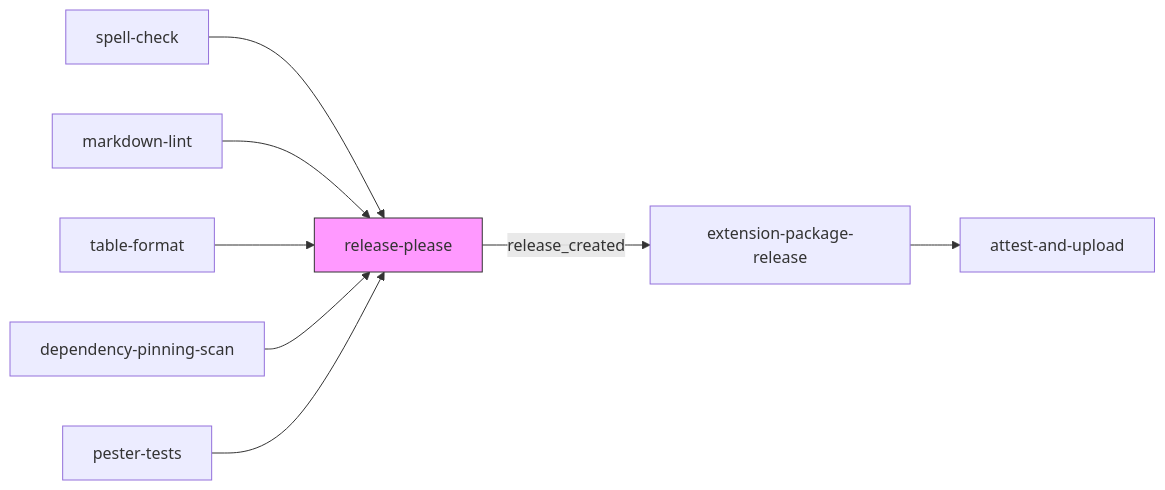
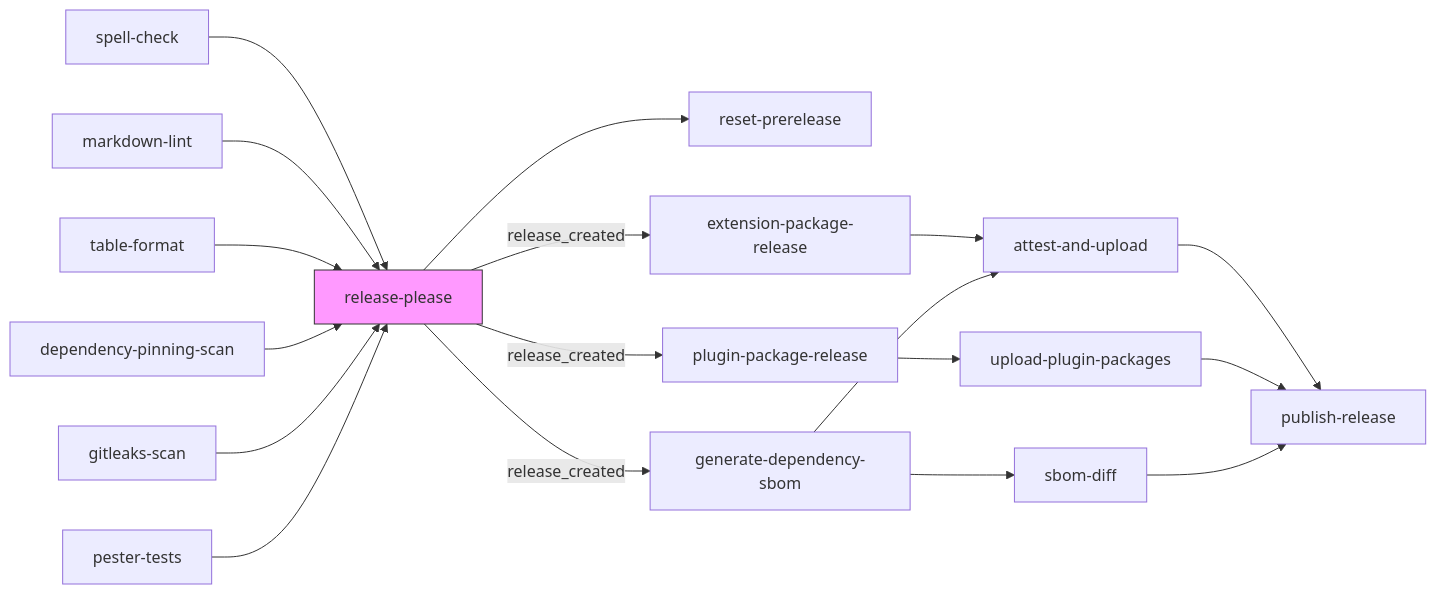
One commit to microsoft/hve-core changed the third of 4 diagrams in docs/architecture/workflows.md. Above: the diagram before and after it, drawn with Mermaid. The commit also changed other lines of this file, not shown here.

````diff
--- a/docs/architecture/workflows.md
+++ b/docs/architecture/workflows.md
@@ -129,11 +150,21 @@
 ```mermaid
 flowchart LR
     V1[spell-check] --> RP[release-please]
     V2[markdown-lint] --> RP
     V3[table-format] --> RP
     V4[dependency-pinning-scan] --> RP
-    V5[pester-tests] --> RP
-    RP -->|release_created| PKG[extension-package-release]
-    PKG --> ATT[attest-and-upload]
+    V5[gitleaks-scan] --> RP
+    V6[pester-tests] --> RP
+    RP --> RST[reset-prerelease]
+    RP -->|release_created| EPR[extension-package-release]
+    RP -->|release_created| PPR[plugin-package-release]
+    RP -->|release_created| SBOM[generate-dependency-sbom]
+    EPR --> ATT[attest-and-upload]
+    SBOM --> ATT
+    PPR --> UPP[upload-plugin-packages]
+    SBOM --> SD[sbom-diff]
+    ATT --> PUB[publish-release]
+    UPP --> PUB
+    SD --> PUB
     style RP fill:#f9f,stroke:#333
 ```
````
